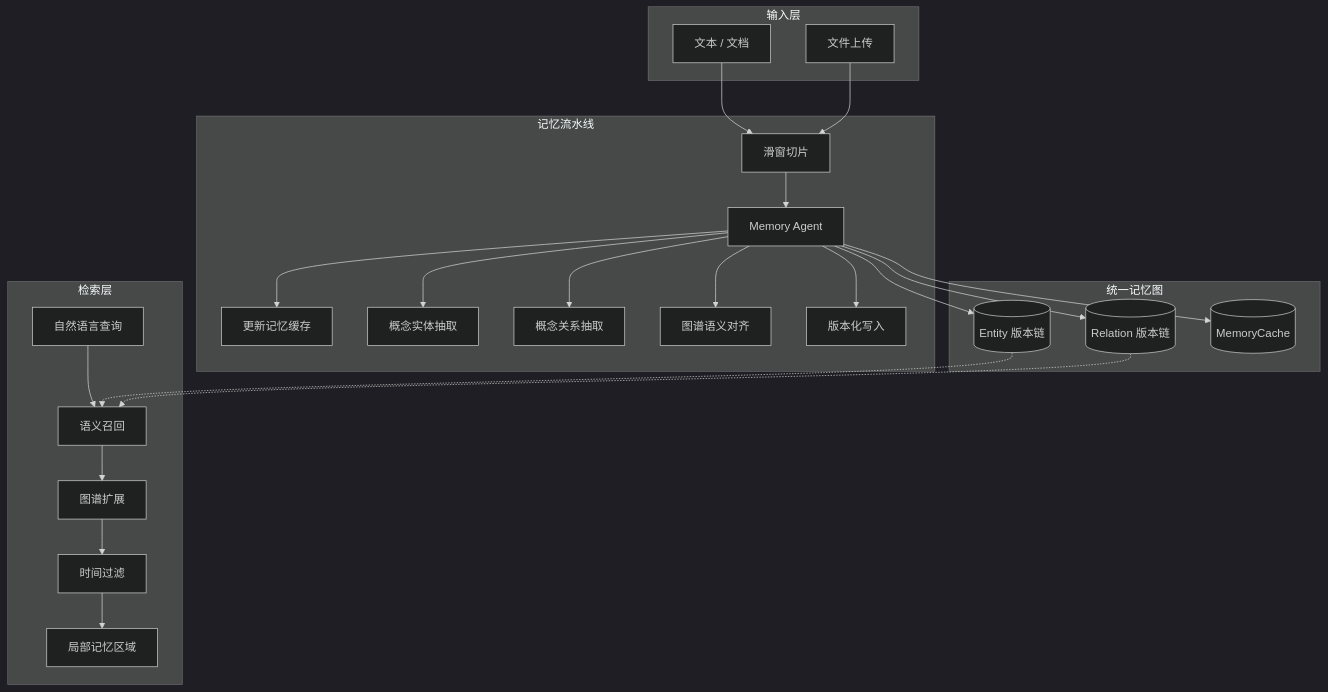
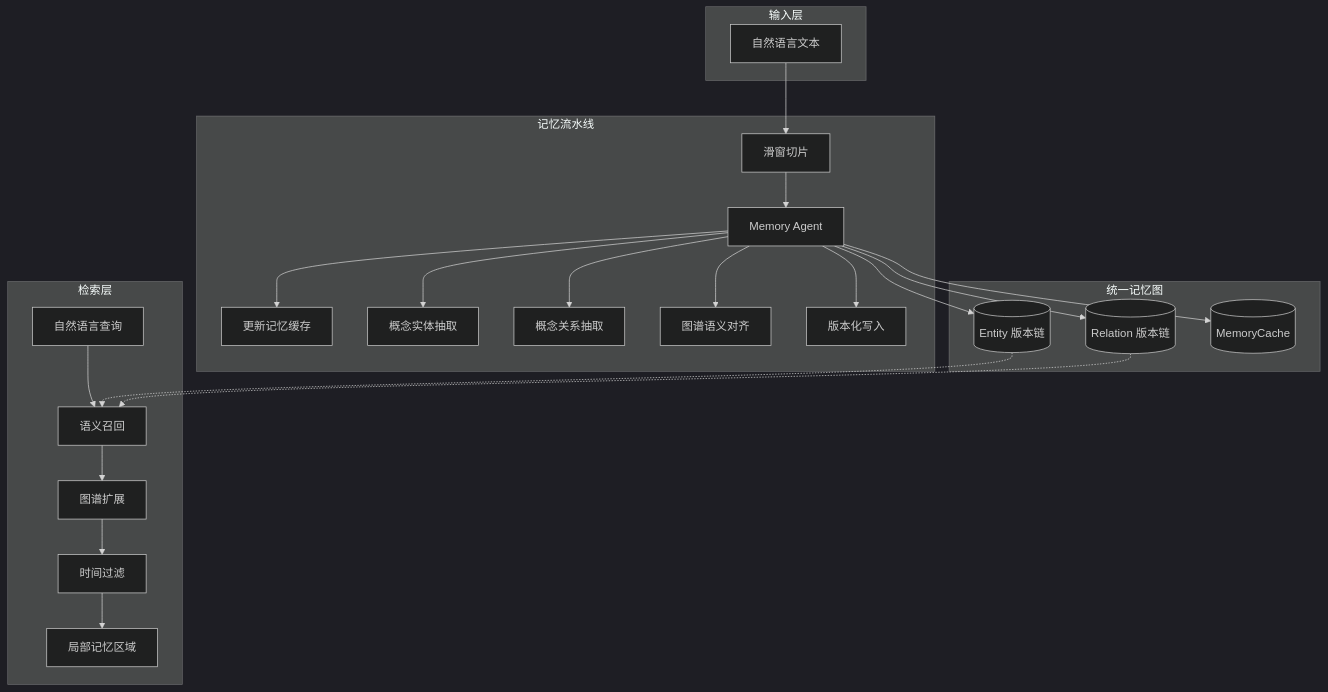
The diagram in README.md (ngyygm/deep-dream), drawn with Mermaid (dark theme) before and after one commit. The commit also changed other lines of this file and 16 other files, not shown here.

````diff
--- a/README.md
+++ b/README.md
@@ -48,44 +48,42 @@
 ```mermaid
 flowchart TB
     subgraph Input["输入层"]
-        T[文本 / 文档]
-        F[文件上传]
+        T[自然语言文本]
     end
 
     subgraph Pipeline["记忆流水线"]
         W[滑窗切片]
         M[Memory Agent]
         M --> M1[更新记忆缓存]
         M --> M2[概念实体抽取]
         M --> M3[概念关系抽取]
         M --> M4[图谱语义对齐]
         M --> M5[版本化写入]
     end
 
     subgraph Storage["统一记忆图"]
         E[(Entity 版本链)]
         R[(Relation 版本链)]
         C[(MemoryCache)]
     end
 
     subgraph Find["检索层"]
         Q[自然语言查询]
         S[语义召回]
         G[图谱扩展]
         Tf[时间过滤]
         Out[局部记忆区域]
     end
 
     T --> W
-    F --> W
     W --> M
     M --> E
     M --> R
     M --> C
     Q --> S
     S --> G
     G --> Tf
     Tf --> Out
     E -.-> S
     R -.-> S
 ```
````
